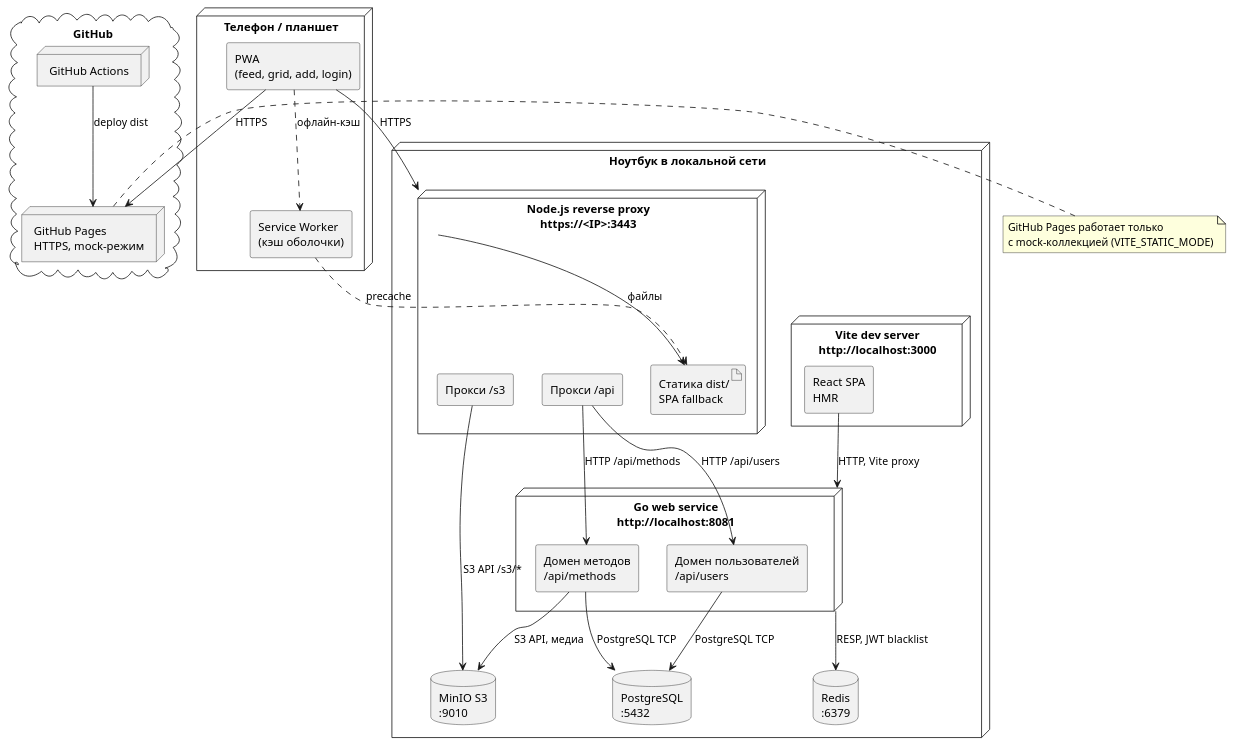
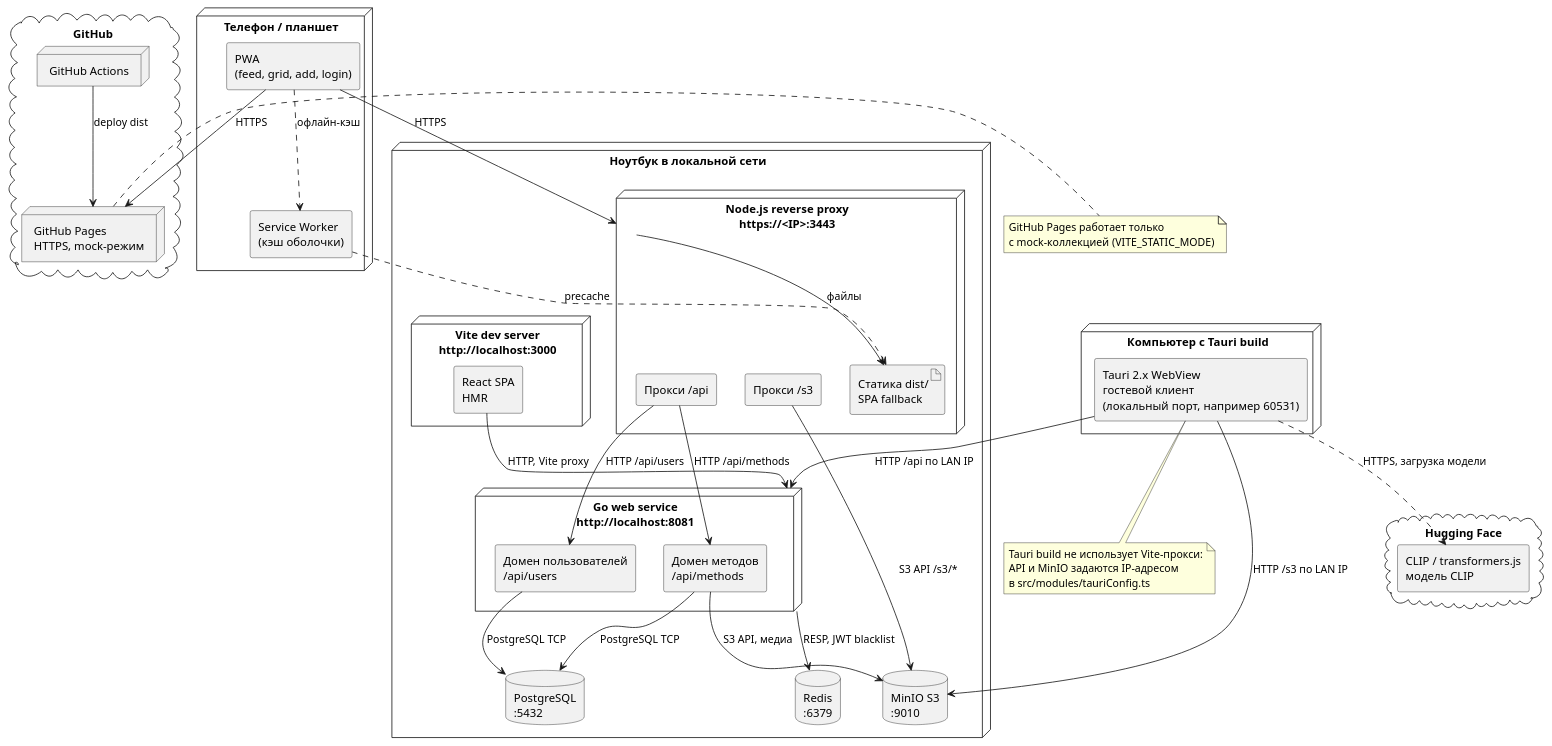
Before and after one commit to Juuwe/data-migration-frontend: the diagram in docs/deployment.puml, drawn with PlantUML. The commit also changed 85 other files, not shown here.

Commit message:
feat: add Tauri guest client with CLIP image search

```diff
--- a/docs/deployment.puml
+++ b/docs/deployment.puml
@@ -1,58 +1,76 @@
 @startuml
 skinparam componentStyle rectangle
 skinparam nodePadding 18
 
 node "Телефон / планшет" as Phone {
   component "PWA\n(feed, grid, add, login)" as PWA
   component "Service Worker\n(кэш оболочки)" as SW
 }
 
 node "Ноутбук в локальной сети" as Laptop {
   node "Node.js reverse proxy\nhttps://<IP>:3443" as Proxy {
     artifact "Статика dist/\nSPA fallback" as Static
     component "Прокси /api" as ApiProxy
     component "Прокси /s3" as S3Proxy
   }
 
   node "Vite dev server\nhttp://localhost:3000" as Vite {
     component "React SPA\nHMR" as DevSpa
   }
 
   node "Go web service\nhttp://localhost:8081" as API {
     component "Домен методов\n/api/methods" as MethodsApi
     component "Домен пользователей\n/api/users" as UsersApi
   }
 
   database "PostgreSQL\n:5432" as DB
   database "Redis\n:6379" as Redis
   database "MinIO S3\n:9010" as MinIO
 }
 
+
+node "Компьютер с Tauri build" as TauriHost {
+  component "Tauri 2.x WebView\nгостевой клиент\n(локальный порт, например 60531)" as TauriApp
+}
+
+cloud "Hugging Face" as HF {
+  component "CLIP / transformers.js\nмодель CLIP" as Model
+}
+
 cloud "GitHub" {
   node "GitHub Actions" as CI
   node "GitHub Pages\nHTTPS, mock-режим" as Pages
 }
 
 PWA --> Proxy : HTTPS
+TauriApp --> API : HTTP /api по LAN IP
+TauriApp --> MinIO : HTTP /s3 по LAN IP
+TauriApp ..> Model : HTTPS, загрузка модели
 PWA --> Pages : HTTPS
 PWA ..> SW : офлайн-кэш
 SW ..> Static : precache
 
 Proxy --> Static : файлы
 ApiProxy --> MethodsApi : HTTP /api/methods
 ApiProxy --> UsersApi : HTTP /api/users
 S3Proxy --> MinIO : S3 API /s3/*
 MethodsApi --> DB : PostgreSQL TCP
 UsersApi --> DB : PostgreSQL TCP
 API --> Redis : RESP, JWT blacklist
 MethodsApi --> MinIO : S3 API, медиа
 
 DevSpa --> API : HTTP, Vite proxy
 CI --> Pages : deploy dist
 
 note right of Pages
   GitHub Pages работает только
   с mock-коллекцией (VITE_STATIC_MODE)
 end note
 
+note bottom of TauriApp
+  Tauri build не использует Vite-прокси:
+  API и MinIO задаются IP-адресом
+  в src/modules/tauriConfig.ts
+end note
+
 @enduml
```
